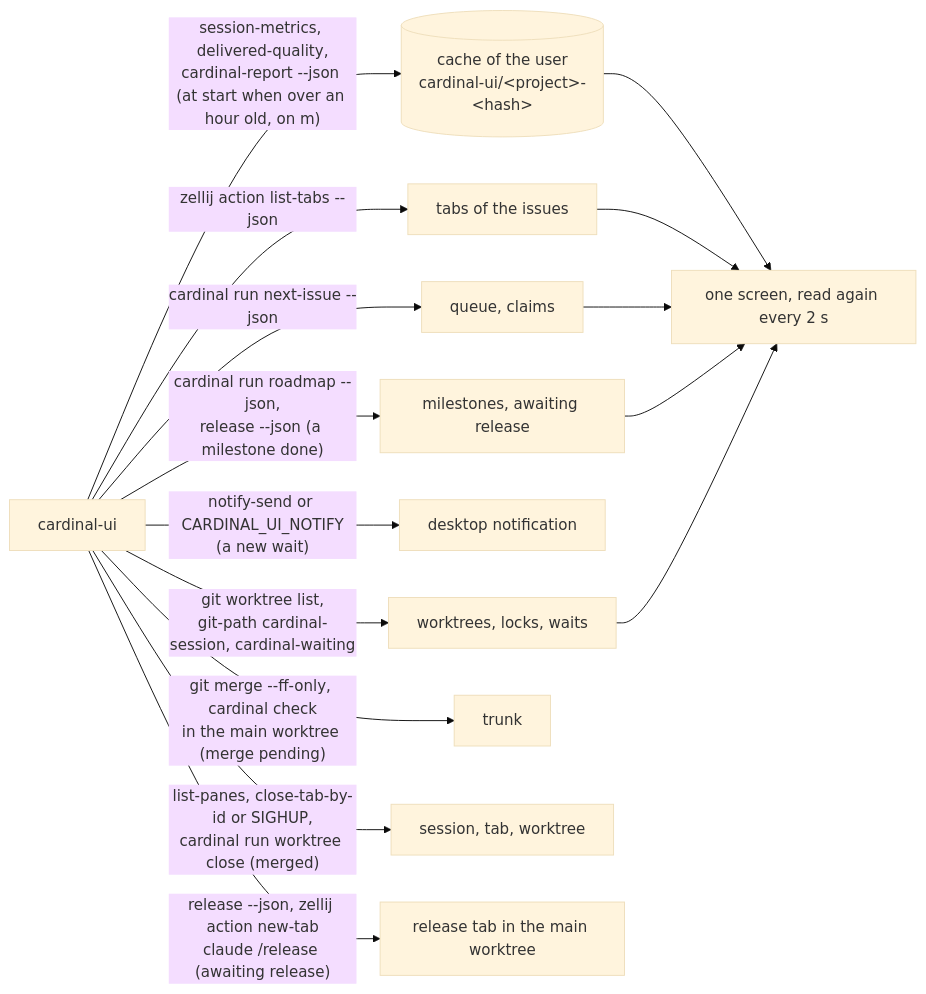
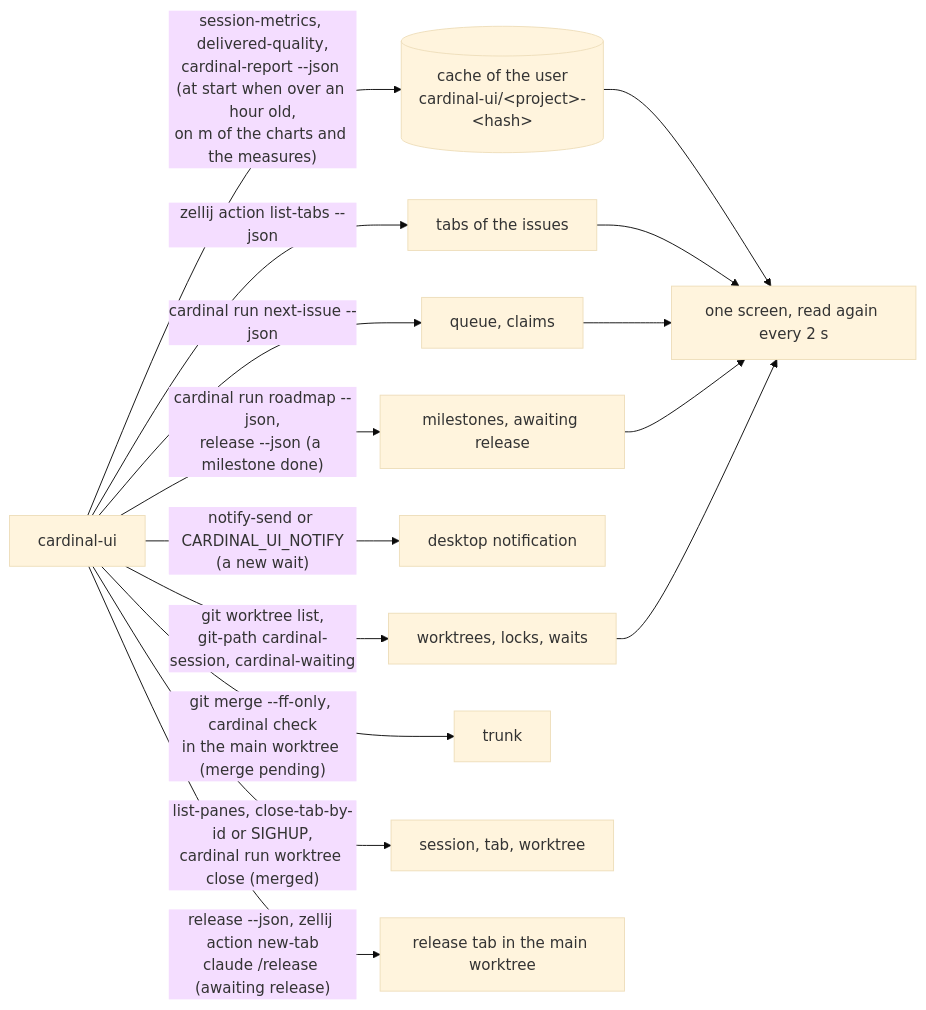
Before and after one commit to Electron-libre/cardinal: the third of 3 diagrams in docs/architecture.md, drawn with Mermaid (base theme). The commit also changed other lines of this file and 11 other files, not shown here.

````diff
--- a/docs/architecture.md
+++ b/docs/architecture.md
@@ -252,17 +252,17 @@
 ```mermaid
 flowchart LR
   ui["cardinal-ui"] -->|"cardinal run next-issue --json"| queue["queue, claims"]
   ui -->|"cardinal run roadmap --json,<br/>release --json (a milestone done)"| milestones["milestones, awaiting release"]
   ui -->|"git worktree list,<br/>git-path cardinal-session, cardinal-waiting"| worktrees["worktrees, locks, waits"]
   ui -->|"zellij action list-tabs --json"| tabs["tabs of the issues"]
   ui -->|"notify-send or CARDINAL_UI_NOTIFY<br/>(a new wait)"| desktop["desktop notification"]
-  ui -->|"session-metrics, delivered-quality,<br/>cardinal-report --json (at start when over an hour old, on m)"| cache[("cache of the user<br/>cardinal-ui/&lt;project&gt;-&lt;hash&gt;")]
+  ui -->|"session-metrics, delivered-quality,<br/>cardinal-report --json (at start when over an hour old,<br/>on m of the charts and the measures)"| cache[("cache of the user<br/>cardinal-ui/&lt;project&gt;-&lt;hash&gt;")]
   ui -->|"git merge --ff-only, cardinal check<br/>in the main worktree (merge pending)"| trunk["trunk"]
   ui -->|"list-panes, close-tab-by-id or SIGHUP,<br/>cardinal run worktree close (merged)"| ended["session, tab, worktree"]
   ui -->|"release --json, zellij action new-tab<br/>claude /release (awaiting release)"| release["release tab in the main worktree"]
   cache --> screen
   tabs --> screen
   queue --> screen["one screen, read again every 2 s"]
   milestones --> screen
   worktrees --> screen
 ```
````
